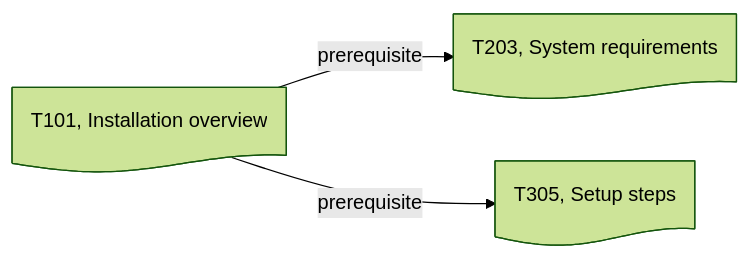
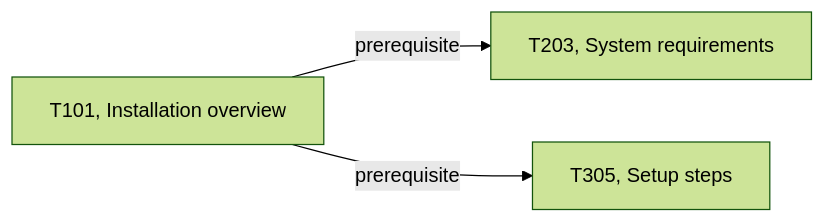
The diagram in examples/custom-frontmatter.md (AninditaBasu/ledger), drawn with Mermaid (forest theme) before and after one commit. The commit also changed other lines of this file and 2 other files, not shown here.

````diff
--- a/examples/custom-frontmatter.md
+++ b/examples/custom-frontmatter.md
@@ -154,5 +155,5 @@
 ```mermaid
 flowchart LR
-    A@{ shape: doc, label: "T101, Installation overview"} --> | prerequisite | B@{ shape: doc, label: "T203, System requirements"}
-    A --> | prerequisite | C@{ shape: doc, label: "T305, Setup steps"}  
+    A["T101, Installation overview"] --> | prerequisite | B["T203, System requirements"]
+    A --> | prerequisite | C["T305, Setup steps"]
 ```
````
